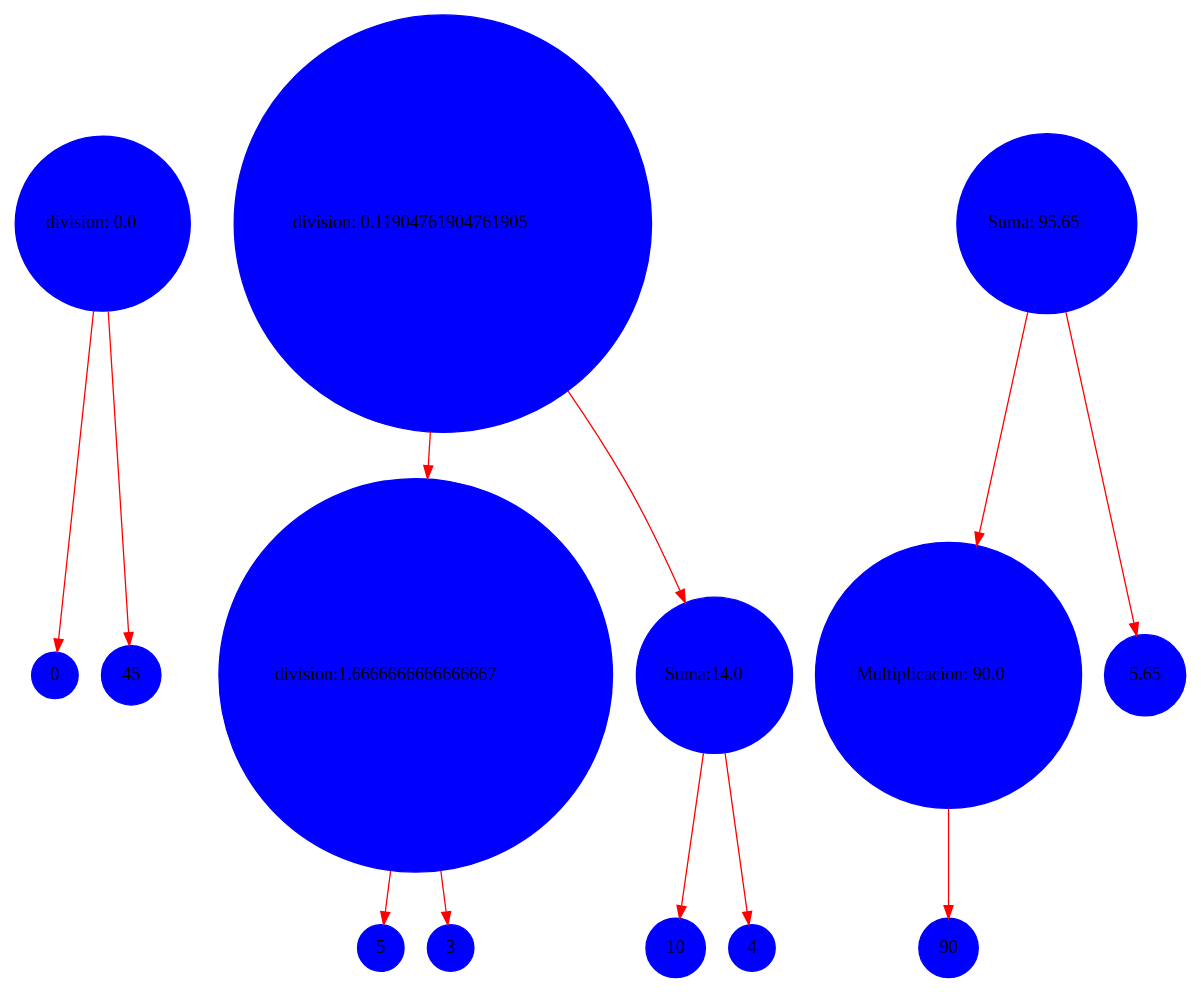
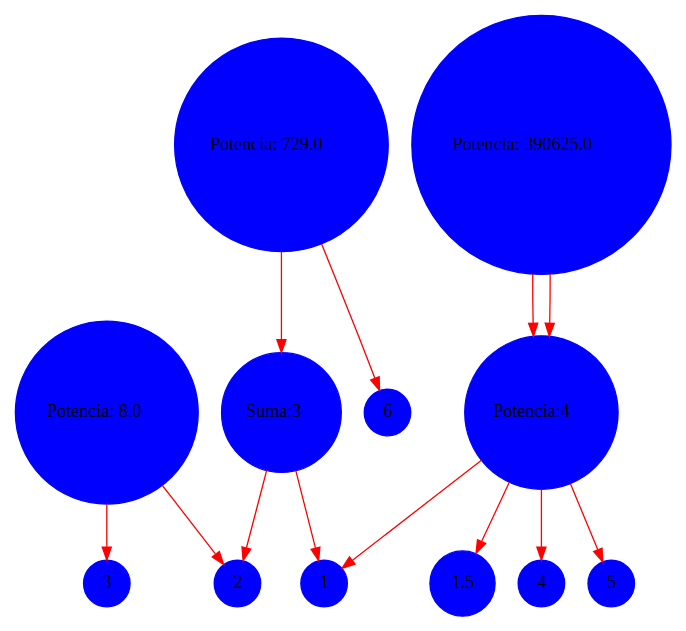
The diagram in Documentacion/grafo.dot (Jhonsagui81/-LFP-royecto1_202106003), drawn with Graphviz before and after one commit. The commit also changed 9 other files, not shown here.

```diff
--- a/Documentacion/grafo.dot
+++ b/Documentacion/grafo.dot
@@ -1,28 +1,30 @@
 digraph {
 	rankdir=TB
-	0 [shape=circle style=filled color = blue]
- 	division1 -> 0 [shape=record color=red]
-	45 [shape=circle style=filled color = blue]
- 	division1 -> 45 [shape=record color=red]
-	division1 [shape=circle style=filled color = blue, label=<division: 0.0>]
+	2 [shape=circle style=filled color = blue]
+ 	potencia1 -> 2 [shape=record color=red]
+	3 [shape=circle style=filled color = blue]
+ 	potencia1 -> 3 [shape=record color=red]
+	potencia1 [shape=circle style=filled color = blue, label=<Potencia: 8.0>]
  	5 [shape=circle style=filled color = blue]
- 	division102 -> 5 [shape=record color=red]
-	3 [shape=circle style=filled color = blue]
- 	division102 -> 3 [shape=record color=red]
-	division102 [shape=circle style=filled color = blue, label=<division:1.6666666666666667>]
- 	division2 -> division102 [shape=record color=red]
-	10 [shape=circle style=filled color = blue]
- 	Suma102 -> 10 [shape=record color=red]
+ 	Potencia102 -> 5 [shape=record color=red]
+	1.5 [shape=circle style=filled color = blue]
+ 	Potencia102 -> 1.5 [shape=record color=red]
+	Potencia102 [shape=circle style=filled color = blue, label=<Potencia:25>]
+ 	potencia2 -> Potencia102 [shape=record color=red]
 	4 [shape=circle style=filled color = blue]
- 	Suma102 -> 4 [shape=record color=red]
-	Suma102 [shape=circle style=filled color = blue, label=<Suma:14.0>]
- 	division2 -> Suma102 [shape=record color=red]
-	division2 [shape=circle style=filled color = blue, label=<division: 0.11904761904761905>]
- 	90 [shape=circle style=filled color = blue]
- 	Multiplicacion103 -> 90 [shape=record color=red]
-	Multiplicacion103 [shape=circle style=filled color = blue, label=<Multiplicacion: 90.0>]
- 	suma3 -> Multiplicacion103 [shape=record color=red]
-	5.65 [shape=circle style=filled color = blue]
- 	suma3 -> 5.65 [shape=record color=red]
-	suma3 [shape=circle style=filled color = blue, label=<Suma: 95.65>]
+ 	Potencia102 -> 4 [shape=record color=red]
+	1 [shape=circle style=filled color = blue]
+ 	Potencia102 -> 1 [shape=record color=red]
+	Potencia102 [shape=circle style=filled color = blue, label=<Potencia:4>]
+ 	potencia2 -> Potencia102 [shape=record color=red]
+	potencia2 [shape=circle style=filled color = blue, label=<Potencia: 390625.0>]
+ 	1 [shape=circle style=filled color = blue]
+ 	Suma103 -> 1 [shape=record color=red]
+	2 [shape=circle style=filled color = blue]
+ 	Suma103 -> 2 [shape=record color=red]
+	Suma103 [shape=circle style=filled color = blue, label=<Suma:3>]
+ 	potencia3 -> Suma103 [shape=record color=red]
+	6 [shape=circle style=filled color = blue]
+ 	potencia3 -> 6 [shape=record color=red]
+	potencia3 [shape=circle style=filled color = blue, label=<Potencia: 729.0>]
  }
```
